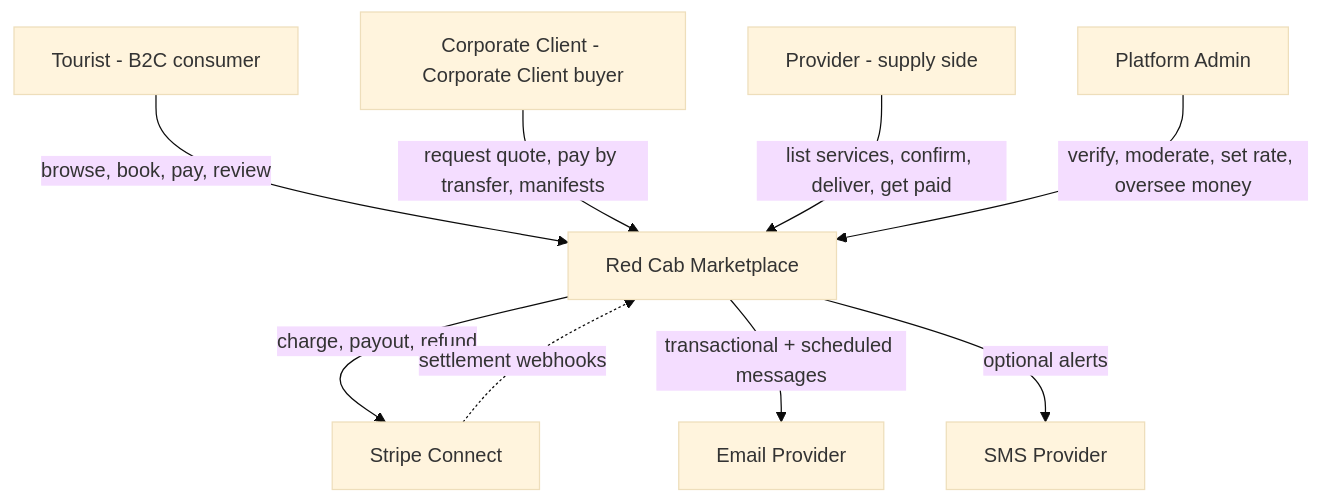
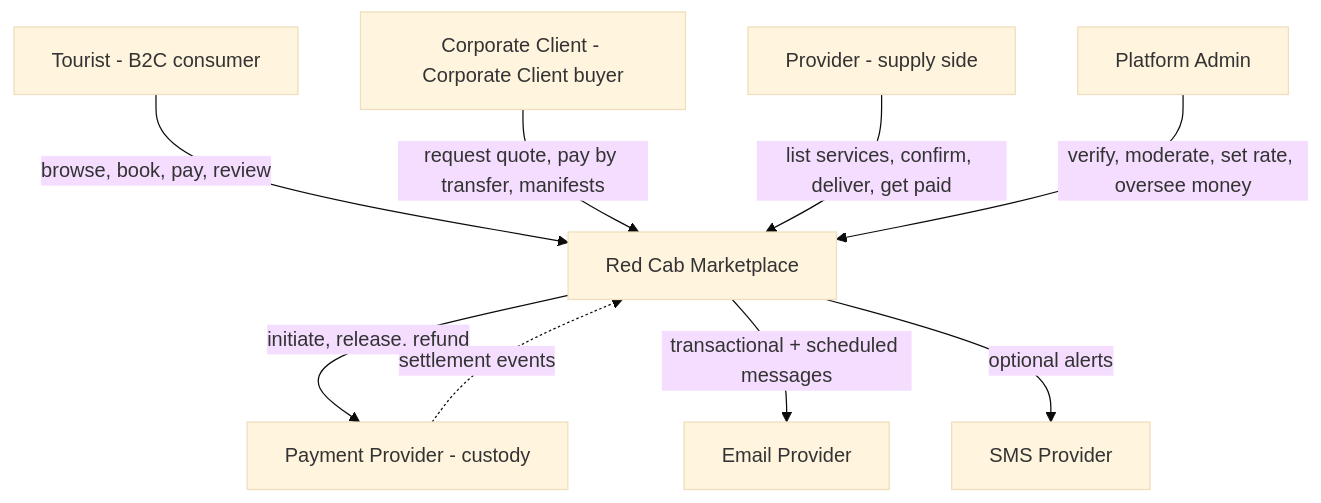
One commit to markmamba/redcab-docs changed the first of 3 diagrams in docs/architecture/overview.md. Above: the diagram before and after it, drawn with Mermaid (base theme). The commit also changed other lines of this file and 32 other files, not shown here.

Commit message:
docs: update payment architecture

````diff
--- a/docs/architecture/overview.md
+++ b/docs/architecture/overview.md
@@ -226,11 +227,11 @@
 ```mermaid
 graph TD
   Tourist[Tourist - B2C consumer] -->|browse, book, pay, review| RC[Red Cab Marketplace]
   Corp[Corporate Client - Corporate Client buyer] -->|request quote, pay by transfer, manifests| RC
   Provider[Provider - supply side] -->|list services, confirm, deliver, get paid| RC
   Admin[Platform Admin] -->|verify, moderate, set rate, oversee money| RC
-  RC -->|charge, payout, refund| Stripe[Stripe Connect]
-  Stripe -.->|settlement webhooks| RC
+  RC -->|"initiate, release, refund"| PSP[Payment Provider - custody]
+  PSP -.->|settlement events| RC
   RC -->|transactional + scheduled messages| Email[Email Provider]
   RC -->|optional alerts| SMS[SMS Provider]
 ```
````
